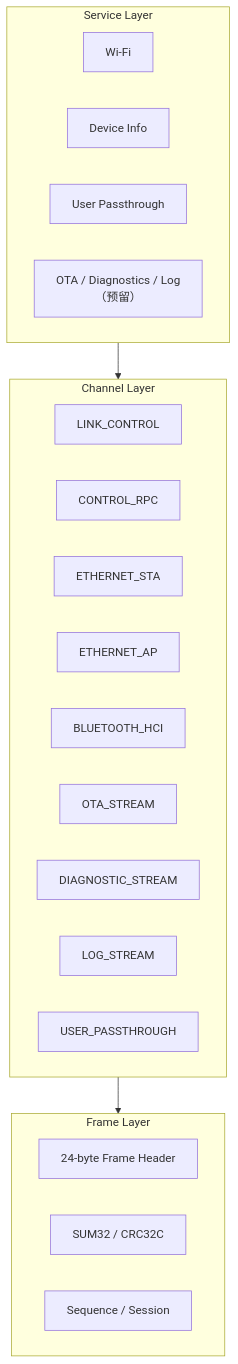
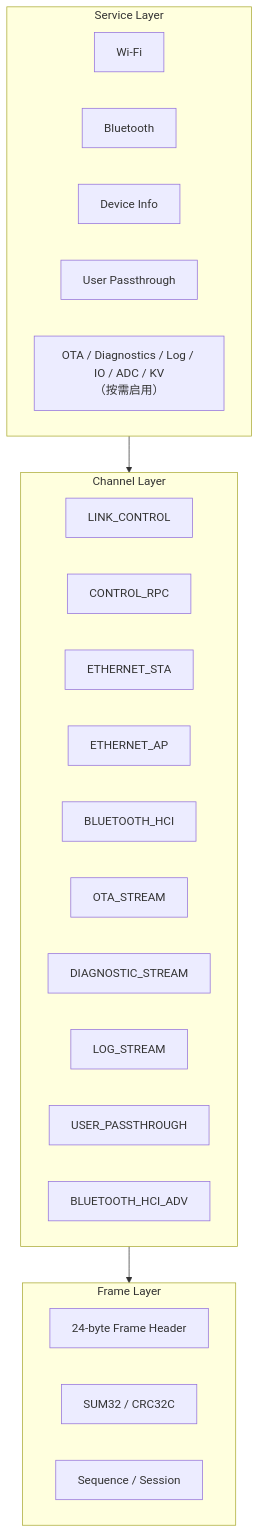
Before and after one commit to WL-hosted/wl-hosted-core: the first of 5 diagrams in doc/architecture.md, drawn with Mermaid. The commit also changed other lines of this file and 6 other files, not shown here.

First line of the commit message:
docs(core): update architecture and integration docs for Bluetooth HCI_ADV channel

````diff
--- a/doc/architecture.md
+++ b/doc/architecture.md
@@ -9,30 +9,32 @@
 ```mermaid
 flowchart TB
     subgraph Service["Service Layer"]
         S1["Wi-Fi"]
-        S2["Device Info"]
-        S3["User Passthrough"]
-        S4["OTA / Diagnostics / Log<br/>（预留）"]
+        S2["Bluetooth"]
+        S3["Device Info"]
+        S4["User Passthrough"]
+        S5["OTA / Diagnostics / Log / IO / ADC / KV<br/>（按需启用）"]
     end
 
     subgraph Channel["Channel Layer"]
         C0["LINK_CONTROL"]
         C1["CONTROL_RPC"]
         C2["ETHERNET_STA"]
         C3["ETHERNET_AP"]
         C4["BLUETOOTH_HCI"]
         C5["OTA_STREAM"]
         C6["DIAGNOSTIC_STREAM"]
         C7["LOG_STREAM"]
         C8["USER_PASSTHROUGH"]
+        C9["BLUETOOTH_HCI_ADV"]
     end
 
     subgraph Frame["Frame Layer"]
         F1["24-byte Frame Header"]
         F2["SUM32 / CRC32C"]
         F3["Sequence / Session"]
     end
 
     Service --> Channel
     Channel --> Frame
 ```
````
